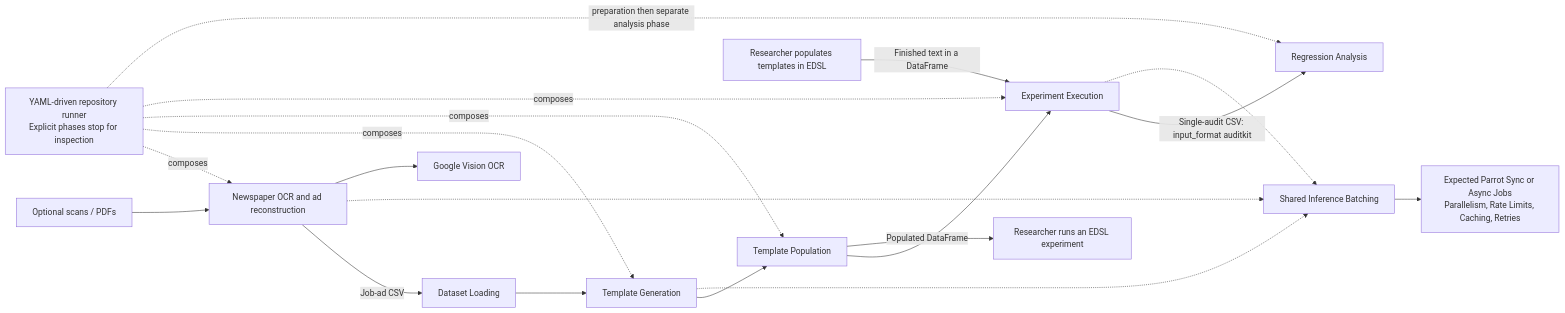
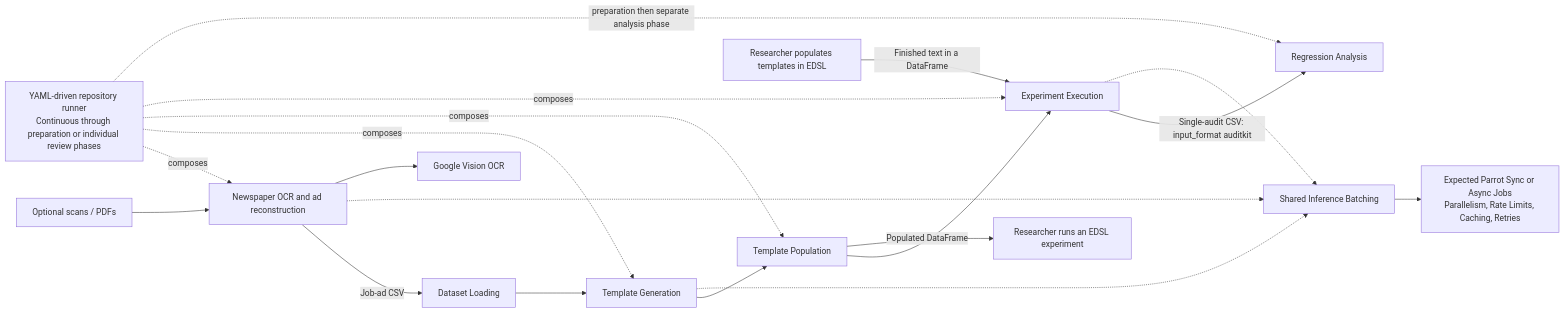
The diagram in docs/architecture/architecture_overview.mmd (KirillUtyashev/LLM_AuditKit), drawn with Mermaid before and after one commit. The commit also changed 65 other files, not shown here.

```diff
--- a/docs/architecture/architecture_overview.mmd
+++ b/docs/architecture/architecture_overview.mmd
@@ -1,23 +1,23 @@
 ---
 config:
   theme: mc
 ---
 flowchart LR
-    W["YAML-driven repository runner<br/>Explicit phases stop for inspection"] -. composes .-> O
+    W["YAML-driven repository runner<br/>Continuous through preparation or individual review phases"] -. composes .-> O
     W -. composes .-> B
     W -. composes .-> C
     W -. composes .-> D
     W -. preparation then separate analysis phase .-> E
     S[Optional scans / PDFs] --> O[Newspaper OCR and ad reconstruction]
     O -->|Job-ad CSV| A
     A[Dataset Loading] --> B[Template Generation]
     B --> C[Template Population]
     C --> D[Experiment Execution]
     P["Researcher populates templates in EDSL"] -->|Finished text in a DataFrame| D
     C -->|Populated DataFrame| R["Researcher runs an EDSL experiment"]
     D -->|Single-audit CSV: input_format auditkit| E[Regression Analysis]
     B -.-> I[Shared Inference Batching]
     D -.-> I
     O -.-> I
     O --> V[Google Vision OCR]
     I --> F[Expected Parrot Sync or Async Jobs<br/>Parallelism, Rate Limits, Caching, Retries]
```
